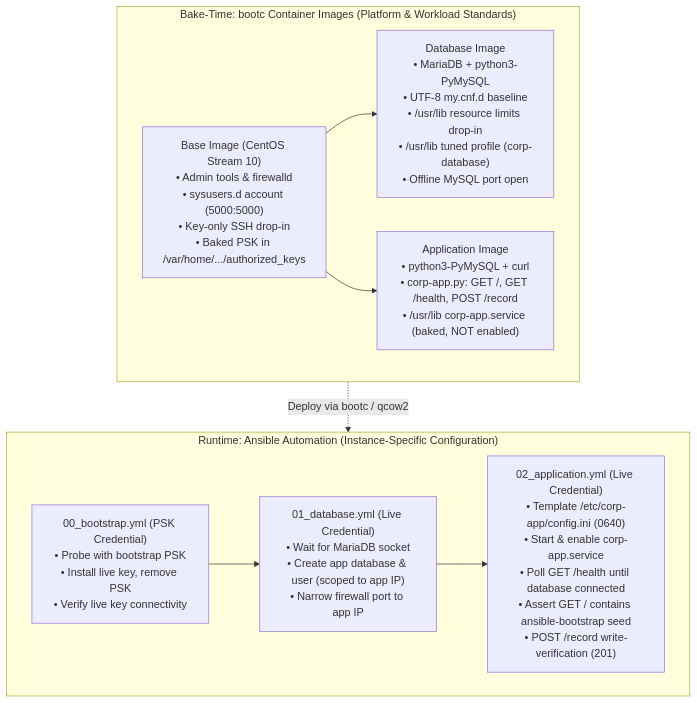
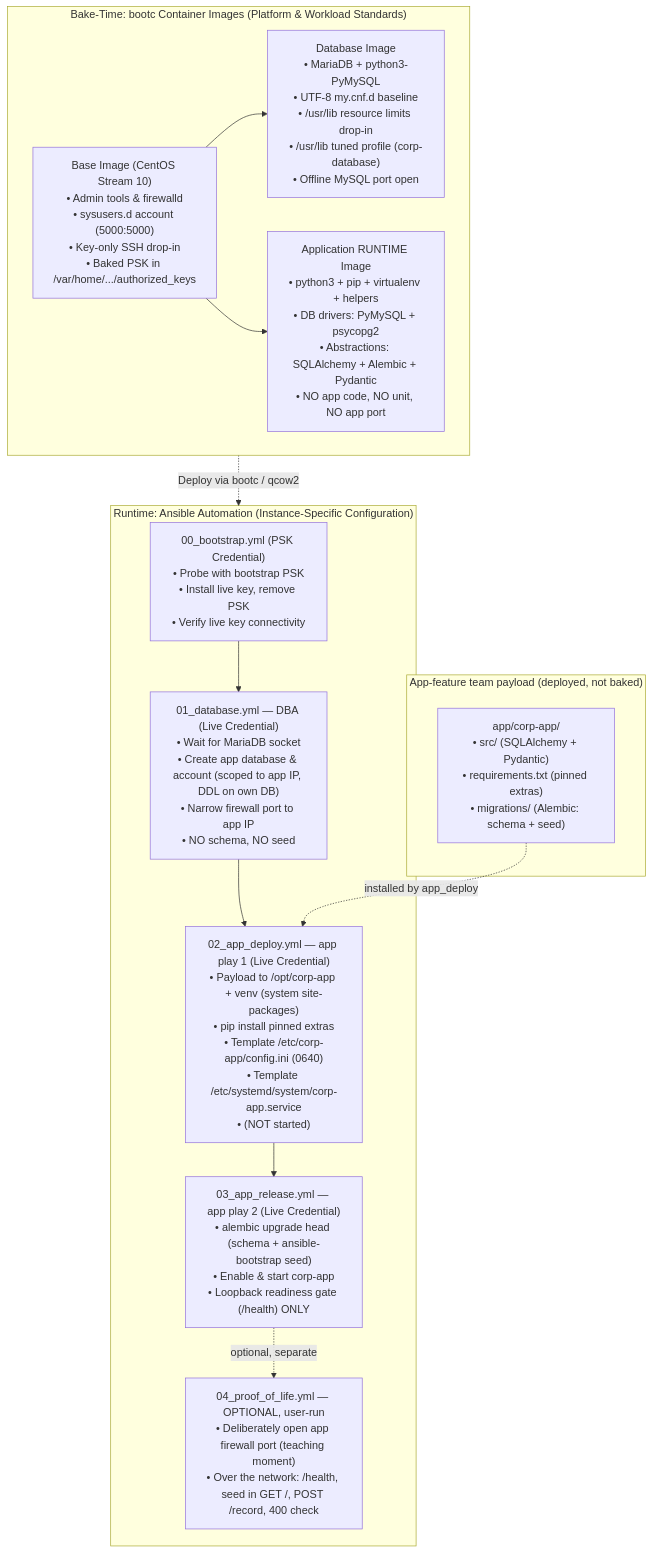
Before and after one commit to nzwulfin/ansible-bootc: the first of 2 diagrams in README.md, drawn with Mermaid. The commit also changed other lines of this file and 2 other files, not shown here.

Commit message:
Update docs: corporate Python runtime baseline, DBA operator tooling, and deploy/release/proof-of-life split

````diff
--- a/README.md
+++ b/README.md
@@ -125,21 +138,29 @@
 ```mermaid
 graph TD
     subgraph BuildTime ["Bake-Time: bootc Container Images (Platform & Workload Standards)"]
         Base["Base Image (CentOS Stream 10)<br/>• Admin tools & firewalld<br/>• sysusers.d account (5000:5000)<br/>• Key-only SSH drop-in<br/>• Baked PSK in /var/home/.../authorized_keys"]
         DB["Database Image<br/>• MariaDB + python3-PyMySQL<br/>• UTF-8 my.cnf.d baseline<br/>• /usr/lib resource limits drop-in<br/>• /usr/lib tuned profile (corp-database)<br/>• Offline MySQL port open"]
-        App["Application Image<br/>• python3-PyMySQL + curl<br/>• corp-app.py: GET /, GET /health, POST /record<br/>• /usr/lib corp-app.service (baked, NOT enabled)"]
+        App["Application RUNTIME Image<br/>• python3 + pip + virtualenv + helpers<br/>• DB drivers: PyMySQL + psycopg2<br/>• Abstractions: SQLAlchemy + Alembic + Pydantic<br/>• NO app code, NO unit, NO app port"]
 
         Base --> DB
         Base --> App
     end
 
+    subgraph Payload ["App-feature team payload (deployed, not baked)"]
+        Pay["app/corp-app/<br/>• src/ (SQLAlchemy + Pydantic)<br/>• requirements.txt (pinned extras)<br/>• migrations/ (Alembic: schema + seed)"]
+    end
+
     subgraph Runtime ["Runtime: Ansible Automation (Instance-Specific Configuration)"]
         P0["00_bootstrap.yml (PSK Credential)<br/>• Probe with bootstrap PSK<br/>• Install live key, remove PSK<br/>• Verify live key connectivity"]
-        P1["01_database.yml (Live Credential)<br/>• Wait for MariaDB socket<br/>• Create app database & user (scoped to app IP)<br/>• Narrow firewall port to app IP"]
-        P2["02_application.yml (Live Credential)<br/>• Template /etc/corp-app/config.ini (0640)<br/>• Start & enable corp-app.service<br/>• Poll GET /health until database connected<br/>• Assert GET / contains ansible-bootstrap seed<br/>• POST /record write-verification (201)"]
+        P1["01_database.yml — DBA (Live Credential)<br/>• Wait for MariaDB socket<br/>• Create app database & account (scoped to app IP, DDL on own DB)<br/>• Narrow firewall port to app IP<br/>• NO schema, NO seed"]
+        P2["02_app_deploy.yml — app play 1 (Live Credential)<br/>• Payload to /opt/corp-app + venv (system site-packages)<br/>• pip install pinned extras<br/>• Template /etc/corp-app/config.ini (0640)<br/>• Template /etc/systemd/system/corp-app.service<br/>• (NOT started)"]
+        P3["03_app_release.yml — app play 2 (Live Credential)<br/>• alembic upgrade head (schema + ansible-bootstrap seed)<br/>• Enable & start corp-app<br/>• Loopback readiness gate (/health) ONLY"]
+        P4["04_proof_of_life.yml — OPTIONAL, user-run<br/>• Deliberately open app firewall port (teaching moment)<br/>• Over the network: /health, seed in GET /, POST /record, 400 check"]
 
-        P0 --> P1 --> P2
+        P0 --> P1 --> P2 --> P3
+        P3 -.->|optional, separate| P4
     end
 
+    Pay -.->|installed by app_deploy| P2
     BuildTime -.->|Deploy via bootc / qcow2| Runtime
 ```
````
